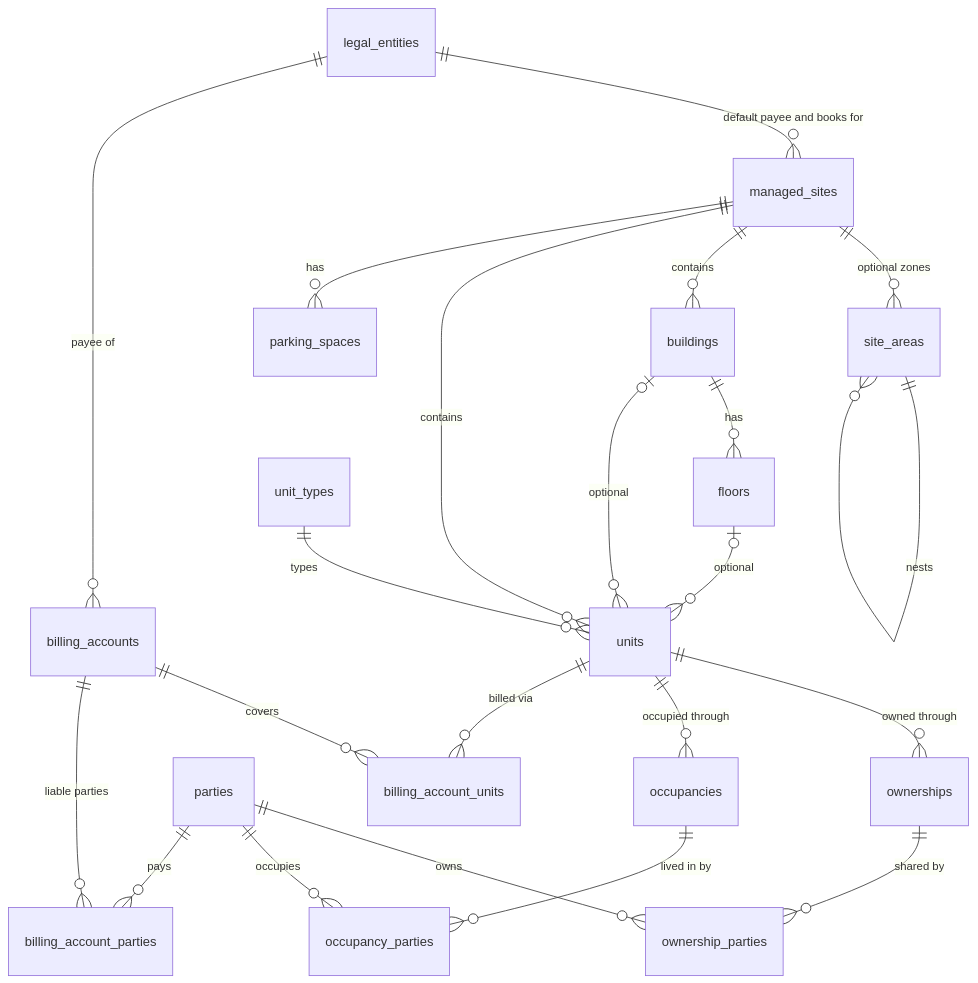
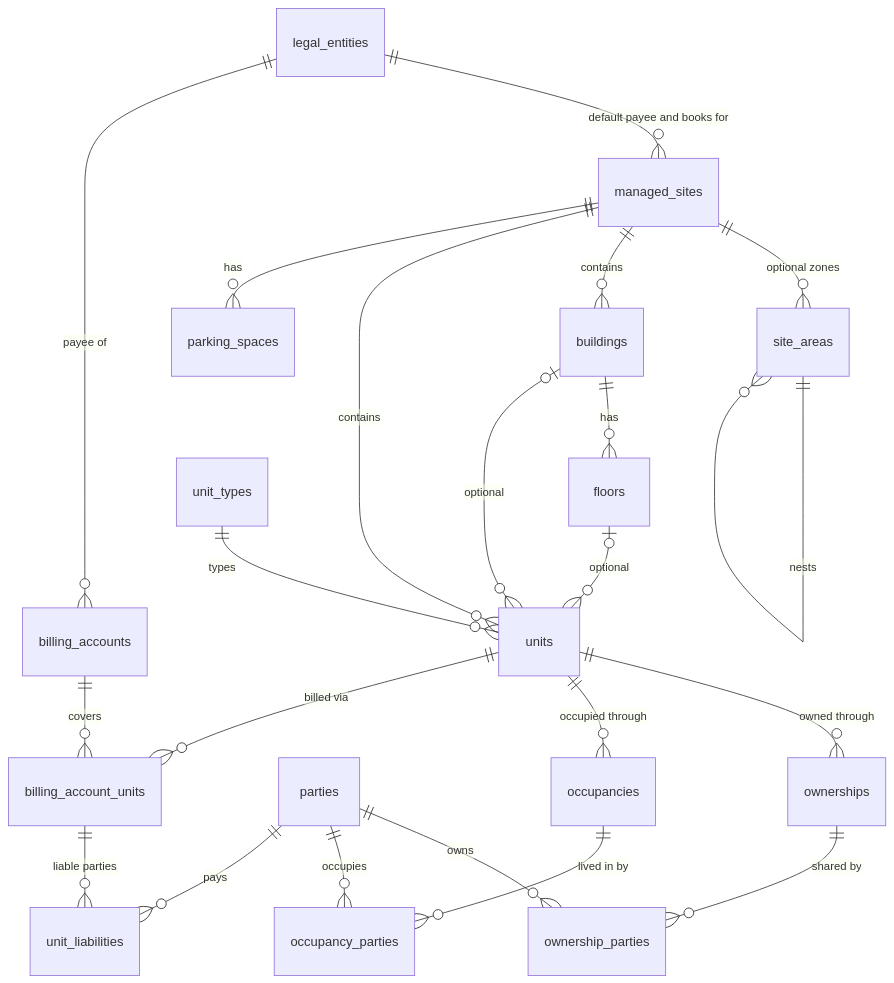
Before and after one commit to Esames786/propertyos: the third of 4 diagrams in docs/blueprint/v3.1/gate-a/A2_NORMALIZED_ERD.md, drawn with Mermaid. The commit also changed other lines of this file and 236 other files, not shown here.

````diff
--- a/docs/blueprint/v3.1/gate-a/A2_NORMALIZED_ERD.md
+++ b/docs/blueprint/v3.1/gate-a/A2_NORMALIZED_ERD.md
@@ -119,24 +122,24 @@
 ```mermaid
 erDiagram
   legal_entities ||--o{ managed_sites : "default payee and books for"
   managed_sites ||--o{ site_areas : "optional zones"
   site_areas ||--o{ site_areas : nests
   managed_sites ||--o{ buildings : contains
   buildings ||--o{ floors : has
   managed_sites ||--o{ units : contains
   buildings |o--o{ units : "optional"
   floors |o--o{ units : "optional"
   unit_types ||--o{ units : types
   managed_sites ||--o{ parking_spaces : has
   units ||--o{ ownerships : "owned through"
   ownerships ||--o{ ownership_parties : "shared by"
   parties ||--o{ ownership_parties : owns
   units ||--o{ occupancies : "occupied through"
   occupancies ||--o{ occupancy_parties : "lived in by"
   parties ||--o{ occupancy_parties : occupies
   billing_accounts ||--o{ billing_account_units : covers
   units ||--o{ billing_account_units : "billed via"
-  billing_accounts ||--o{ billing_account_parties : "liable parties"
-  parties ||--o{ billing_account_parties : pays
+  billing_account_units ||--o{ unit_liabilities : "liable parties"
+  parties ||--o{ unit_liabilities : pays
   legal_entities ||--o{ billing_accounts : "payee of"
 ```
````
